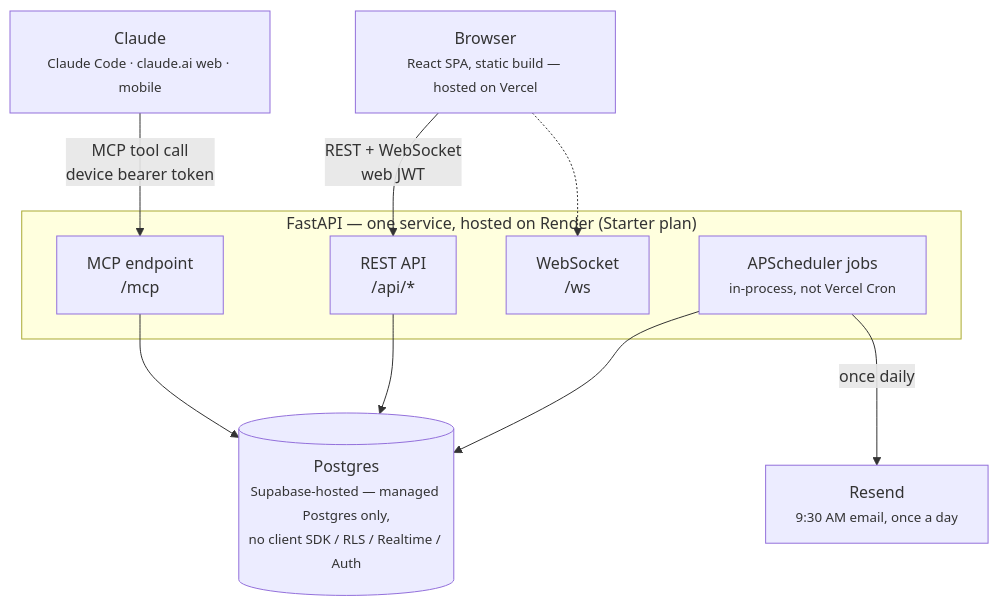
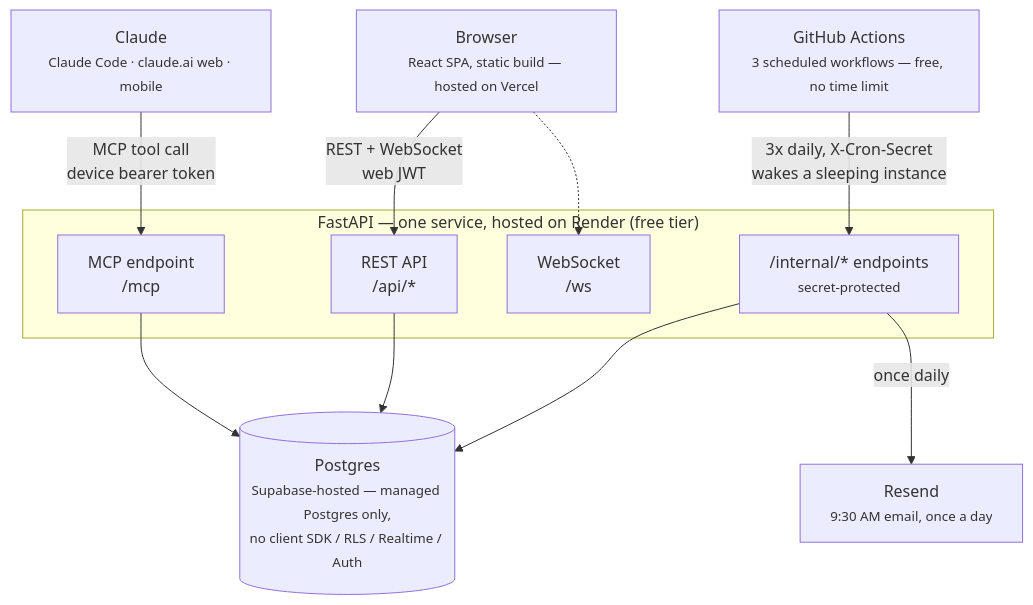
The first of 5 diagrams in README.md (Kartikgarg74/task-manager), drawn with Mermaid before and after one commit. The commit also changed other lines of this file and 11 other files, not shown here.

First line of the commit message:
refactor(backend): replace in-process scheduler with external cron

````diff
--- a/README.md
+++ b/README.md
@@ -71,24 +73,26 @@
 ```mermaid
 flowchart TB
     Claude["Claude<br/><small>Claude Code · claude.ai web · mobile</small>"]
     Browser["Browser<br/><small>React SPA, static build — hosted on Vercel</small>"]
+    GHA["GitHub Actions<br/><small>3 scheduled workflows — free, no time limit</small>"]
 
-    subgraph FastAPI["FastAPI — one service, hosted on Render (Starter plan)"]
+    subgraph FastAPI["FastAPI — one service, hosted on Render (free tier)"]
         REST["REST API<br/>/api/*"]
         MCP["MCP endpoint<br/>/mcp"]
         WS["WebSocket<br/>/ws"]
-        Jobs["APScheduler jobs<br/><small>in-process, not Vercel Cron</small>"]
+        Internal["/internal/* endpoints<br/><small>secret-protected</small>"]
     end
 
     PG[("Postgres<br/><small>Supabase-hosted — managed Postgres only,<br/>no client SDK / RLS / Realtime / Auth</small>")]
     Resend["Resend<br/><small>9:30 AM email, once a day</small>"]
 
     Claude -- "MCP tool call<br/>device bearer token" --> MCP
     Browser -- "REST + WebSocket<br/>web JWT" --> REST
     Browser -.-> WS
+    GHA -- "3x daily, X-Cron-Secret<br/>wakes a sleeping instance" --> Internal
 
     REST --> PG
     MCP --> PG
-    Jobs --> PG
-    Jobs -- "once daily" --> Resend
+    Internal --> PG
+    Internal -- "once daily" --> Resend
 ```
````
